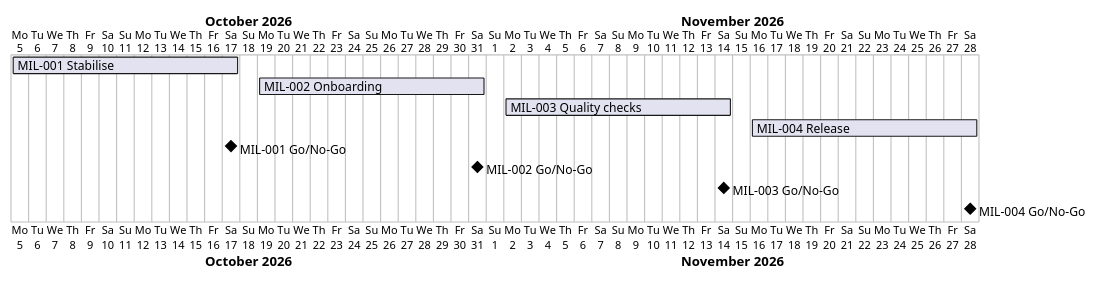
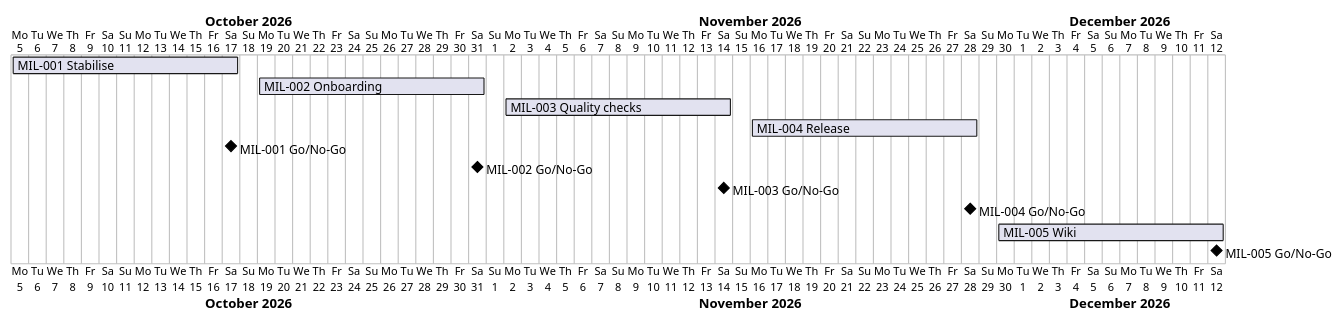
Before and after one commit to TirSystem/git-workflows: the diagram in docs/project-plan.md, drawn with PlantUML. The commit also changed other lines of this file and 3 other files, not shown here.

First line of the commit message:
Plan MIL-005: wiki pages in English, Danish and Bahasa Malaysia

````diff
--- a/docs/project-plan.md
+++ b/docs/project-plan.md
@@ -38,13 +39,15 @@
 ```plantuml
 @startgantt
 Project starts 2026-10-05
 [MIL-001 Stabilise] starts 2026-10-05 and ends 2026-10-17
 [MIL-002 Onboarding] starts 2026-10-19 and ends 2026-10-31
 [MIL-003 Quality checks] starts 2026-11-02 and ends 2026-11-14
 [MIL-004 Release] starts 2026-11-16 and ends 2026-11-28
 [MIL-001 Go/No-Go] happens 2026-10-17
 [MIL-002 Go/No-Go] happens 2026-10-31
 [MIL-003 Go/No-Go] happens 2026-11-14
 [MIL-004 Go/No-Go] happens 2026-11-28
+[MIL-005 Wiki] starts 2026-11-30 and ends 2026-12-12
+[MIL-005 Go/No-Go] happens 2026-12-12
 @endgantt
 ```
````
